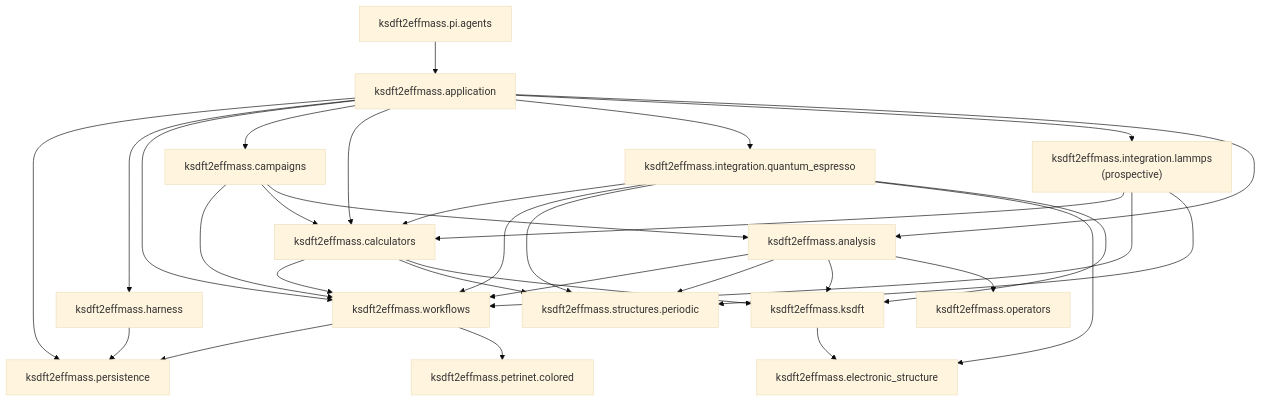
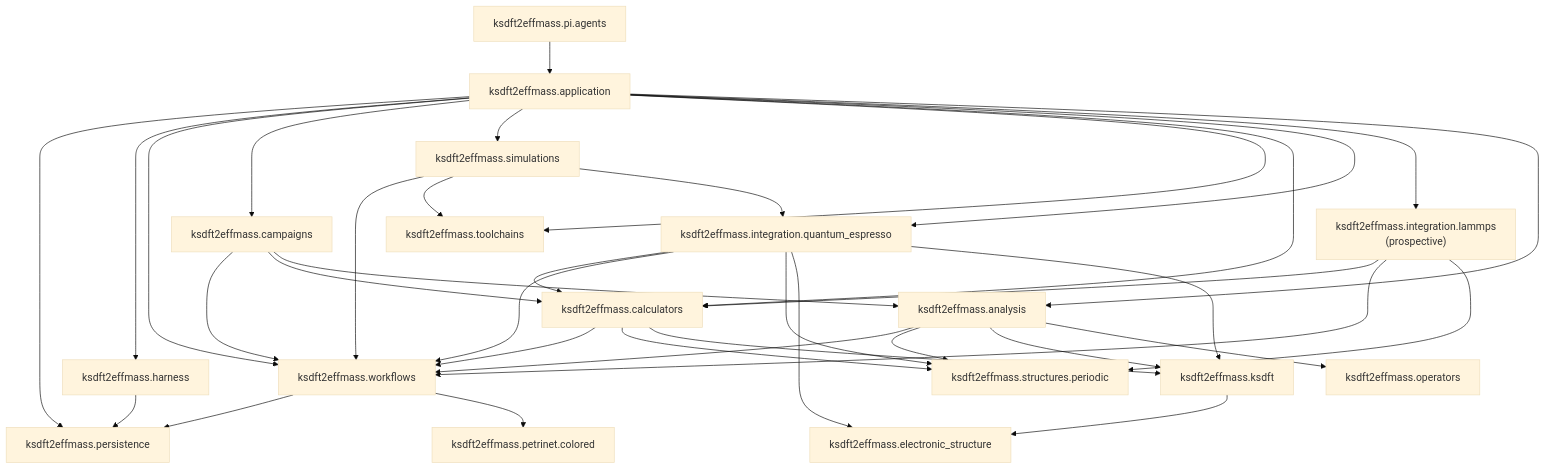
The diagram in docs/architecture/v2/repository-layout.md (eragasa/ksdft2effmass), drawn with Mermaid (base theme) before and after one commit. The commit also changed other lines of this file and 77 other files, not shown here.

Commit message:
Add controlled Quantum ESPRESSO simulation workflows

````diff
--- a/docs/architecture/v2/repository-layout.md
+++ b/docs/architecture/v2/repository-layout.md
@@ -116,36 +122,41 @@
 ```mermaid
 flowchart TD
     persistence["ksdft2effmass.persistence"]
     campaigns["ksdft2effmass.campaigns"] --> workflows["ksdft2effmass.workflows"]
     campaigns --> calculators["ksdft2effmass.calculators"]
     campaigns --> analysis["ksdft2effmass.analysis"]
+    simulations["ksdft2effmass.simulations"] --> workflows
+    simulations --> toolchains["ksdft2effmass.toolchains"]
+    simulations --> qe_integration["ksdft2effmass.integration.quantum_espresso"]
     harness["ksdft2effmass.harness"] --> persistence
     workflows --> persistence
     workflows --> petrinet["ksdft2effmass.petrinet.colored"]
     calculators --> workflows
     calculators --> structures["ksdft2effmass.structures.periodic"]
     calculators --> ksdft["ksdft2effmass.ksdft"]
-    qe_integration["ksdft2effmass.integration.quantum_espresso"] --> calculators
+    qe_integration --> calculators
     qe_integration --> workflows
     qe_integration --> structures
     qe_integration --> sampling["ksdft2effmass.electronic_structure"]
     qe_integration --> ksdft
     lammps_integration["ksdft2effmass.integration.lammps<br/>(prospective)"] --> calculators
     lammps_integration --> workflows
     lammps_integration --> structures
     pi_agents["ksdft2effmass.pi.agents"] --> composition
     operators["ksdft2effmass.operators"]
     analysis --> workflows
     analysis --> structures
     analysis --> ksdft
     ksdft --> sampling
     analysis --> operators
     composition["ksdft2effmass.application"] --> persistence
     composition --> harness
     composition --> workflows
     composition --> campaigns
+    composition --> simulations
+    composition --> toolchains
     composition --> calculators
     composition --> qe_integration
     composition --> lammps_integration
     composition --> analysis
 ```
````
